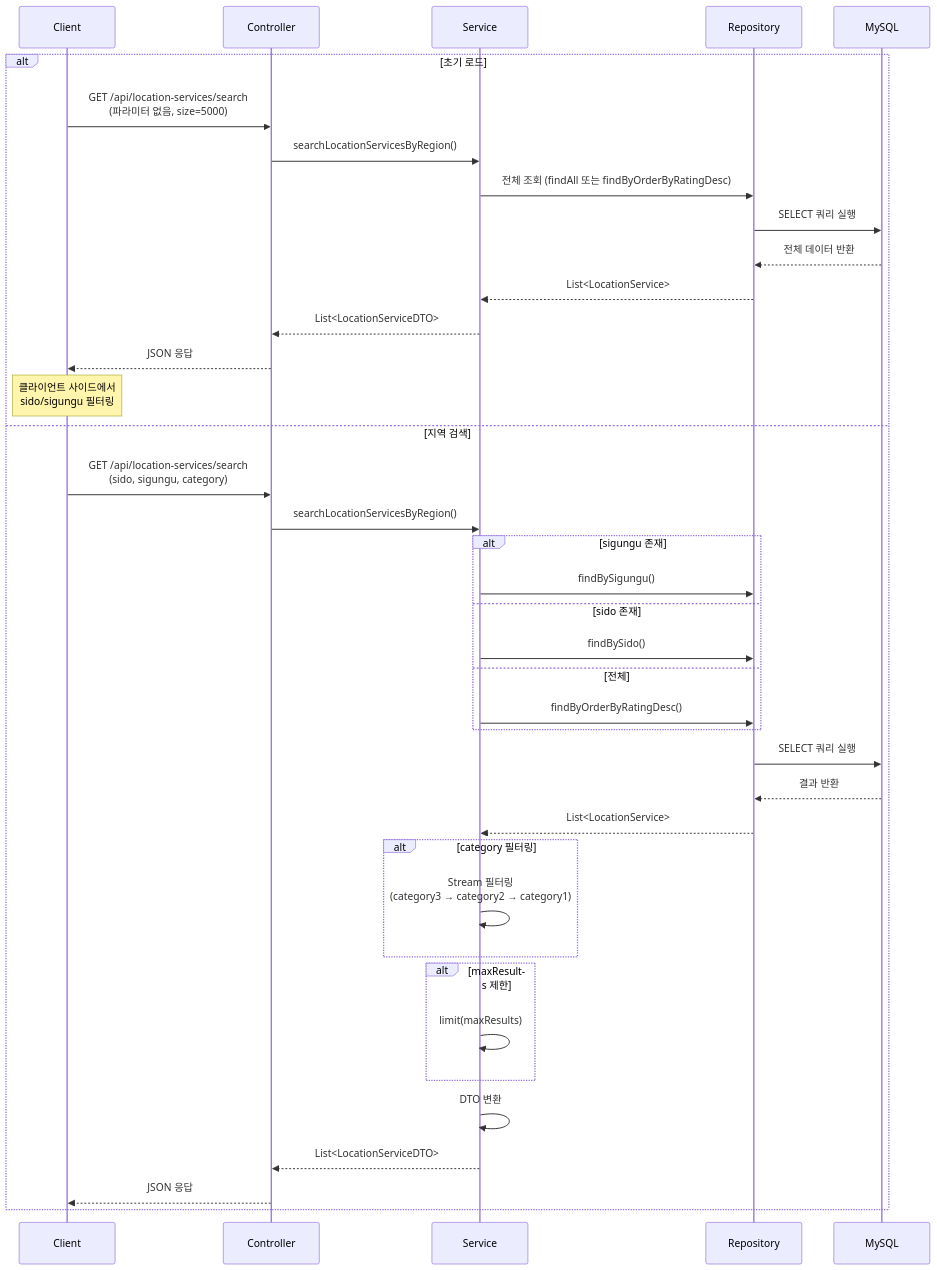
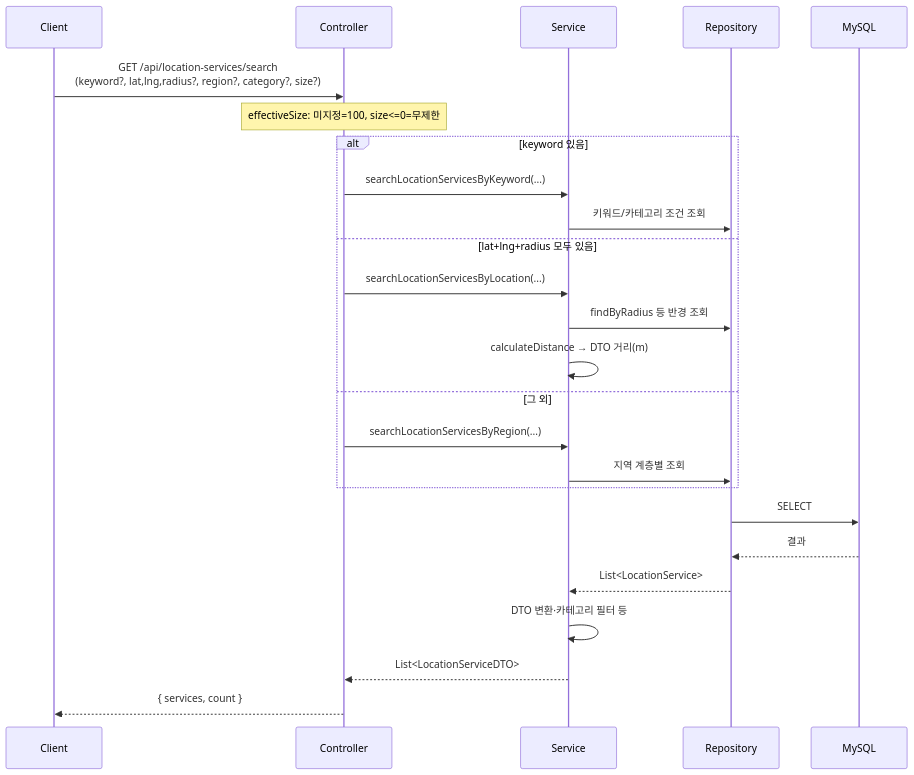
Before and after one commit to makkong1/Petory: the second of 4 diagrams in docs/architecture/위치 기반 서비스 아키텍처.md, drawn with Mermaid. The commit also changed other lines of this file and 12 other files, not shown here.

Commit message:
docs(architecture): 도메인 아키텍처 문서를 최신 코드·API와 동기화

````diff
--- a/docs/architecture/위치 기반 서비스 아키텍처.md
+++ b/docs/architecture/위치 기반 서비스 아키텍처.md
@@ -391,47 +401,30 @@
 ```mermaid
 sequenceDiagram
     participant Client
     participant Controller
     participant Service
     participant Repository
     participant MySQL
     
-    alt 초기 로드
-        Client->>Controller: GET /api/location-services/search<br/>(파라미터 없음, size=5000)
-        Controller->>Service: searchLocationServicesByRegion()
-        Service->>Repository: 전체 조회 (findAll 또는 findByOrderByRatingDesc)
-        Repository->>MySQL: SELECT 쿼리 실행
-        MySQL-->>Repository: 전체 데이터 반환
-        Repository-->>Service: List<LocationService>
-        Service-->>Controller: List<LocationServiceDTO>
-        Controller-->>Client: JSON 응답
-        Note over Client: 클라이언트 사이드에서<br/>sido/sigungu 필터링
-    else 지역 검색
-        Client->>Controller: GET /api/location-services/search<br/>(sido, sigungu, category)
-        Controller->>Service: searchLocationServicesByRegion()
-        
-        alt sigungu 존재
-            Service->>Repository: findBySigungu()
-        else sido 존재
-            Service->>Repository: findBySido()
-        else 전체
-            Service->>Repository: findByOrderByRatingDesc()
-        end
-        
-        Repository->>MySQL: SELECT 쿼리 실행
-        MySQL-->>Repository: 결과 반환
-        Repository-->>Service: List<LocationService>
-        
-        alt category 필터링
-            Service->>Service: Stream 필터링<br/>(category3 → category2 → category1)
-        end
-        
-        alt maxResults 제한
-            Service->>Service: limit(maxResults)
-        end
-        
-        Service->>Service: DTO 변환
-        Service-->>Controller: List<LocationServiceDTO>
-        Controller-->>Client: JSON 응답
+    Client->>Controller: GET /api/location-services/search<br/>(keyword?, lat,lng,radius?, region?, category?, size?)
+    Note over Controller: effectiveSize: 미지정=100, size<=0=무제한
+    
+    alt keyword 있음
+        Controller->>Service: searchLocationServicesByKeyword(...)
+        Service->>Repository: 키워드/카테고리 조건 조회
+    else lat+lng+radius 모두 있음
+        Controller->>Service: searchLocationServicesByLocation(...)
+        Service->>Repository: findByRadius 등 반경 조회
+        Service->>Service: calculateDistance → DTO 거리(m)
+    else 그 외
+        Controller->>Service: searchLocationServicesByRegion(...)
+        Service->>Repository: 지역 계층별 조회
     end
+    
+    Repository->>MySQL: SELECT
+    MySQL-->>Repository: 결과
+    Repository-->>Service: List<LocationService>
+    Service->>Service: DTO 변환·카테고리 필터 등
+    Service-->>Controller: List<LocationServiceDTO>
+    Controller-->>Client: { services, count }
 ```
````
